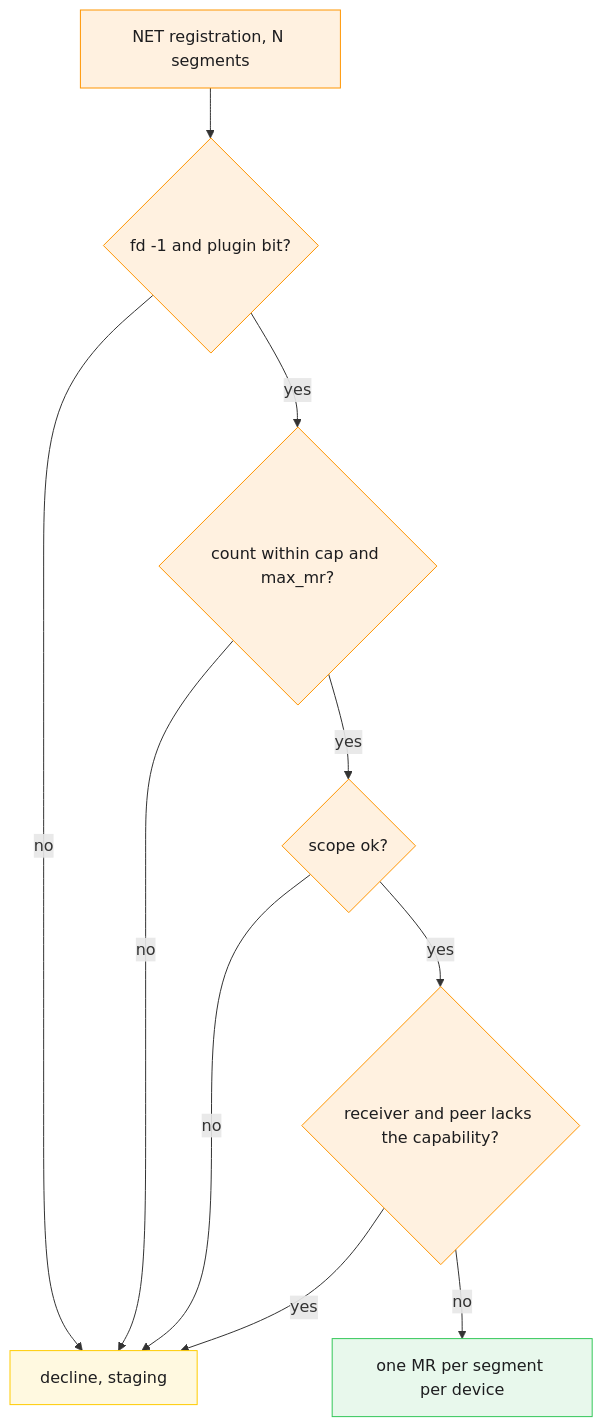
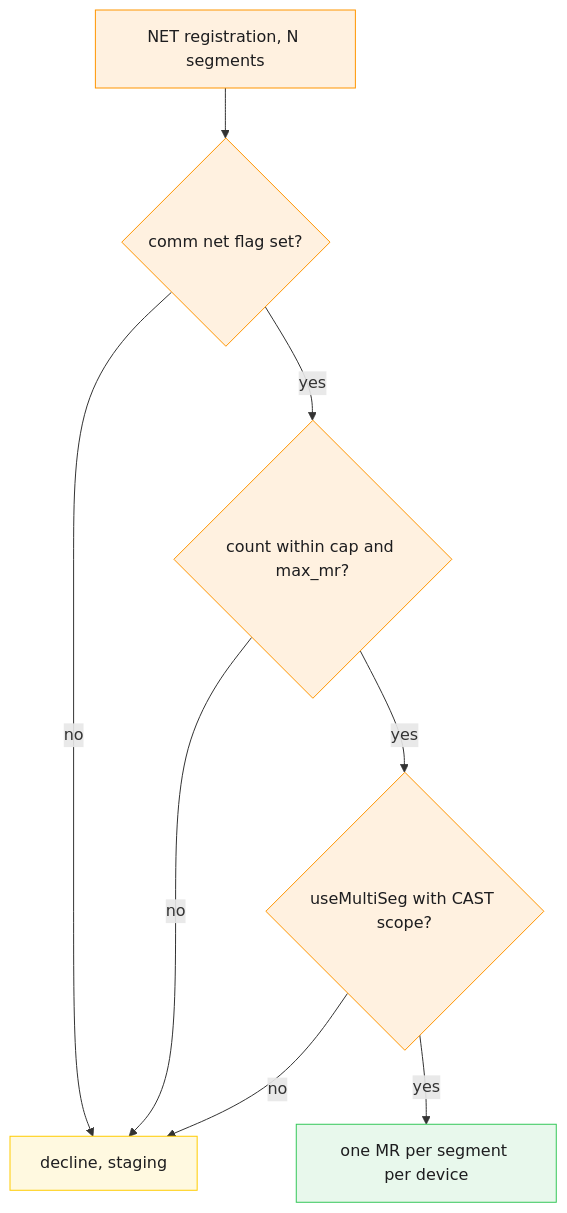
Before and after one commit to ROCm/rocm-systems: the diagram in projects/rccl/docs/design/multi_segment_netib_cast.md, drawn with Mermaid. The commit also changed other lines of this file and 16 other files, not shown here.

````diff
--- a/projects/rccl/docs/design/multi_segment_netib_cast.md
+++ b/projects/rccl/docs/design/multi_segment_netib_cast.md
@@ -36,19 +44,17 @@
 ```mermaid
-%% caption: When IB-CAST declines multi-segment registration
+%% caption: When fork 6 declines multi-segment registration on IB-CAST
 flowchart TD
- a["NET registration, N segments"] --> p{"fd -1 and plugin bit?"}
+ a["NET registration, N segments"] --> p{"comm net flag set?"}
  p -->|no| dec["decline, staging"]
  p -->|yes| c{"count within cap and max_mr?"}
  c -->|no| dec
- c -->|yes| s{"scope ok?"}
+ c -->|yes| s{"useMultiSeg with CAST scope?"}
  s -->|no| dec
- s -->|yes| r{"receiver and peer lacks the capability?"}
- r -->|yes| dec
- r -->|no| m["one MR per segment per device"]
+ s -->|yes| m["one MR per segment per device"]
  classDef ibcast fill:#fff1e0,stroke:#ff9500,color:#1d1d1f
  classDef okpath fill:#e8f8ec,stroke:#34c759,color:#1d1d1f
  classDef stagepath fill:#fff9e0,stroke:#ffcc00,color:#1d1d1f
- class a,p,c,s,r ibcast
+ class a,p,c,s ibcast
  class m okpath
  class dec stagepath
 ```
````
